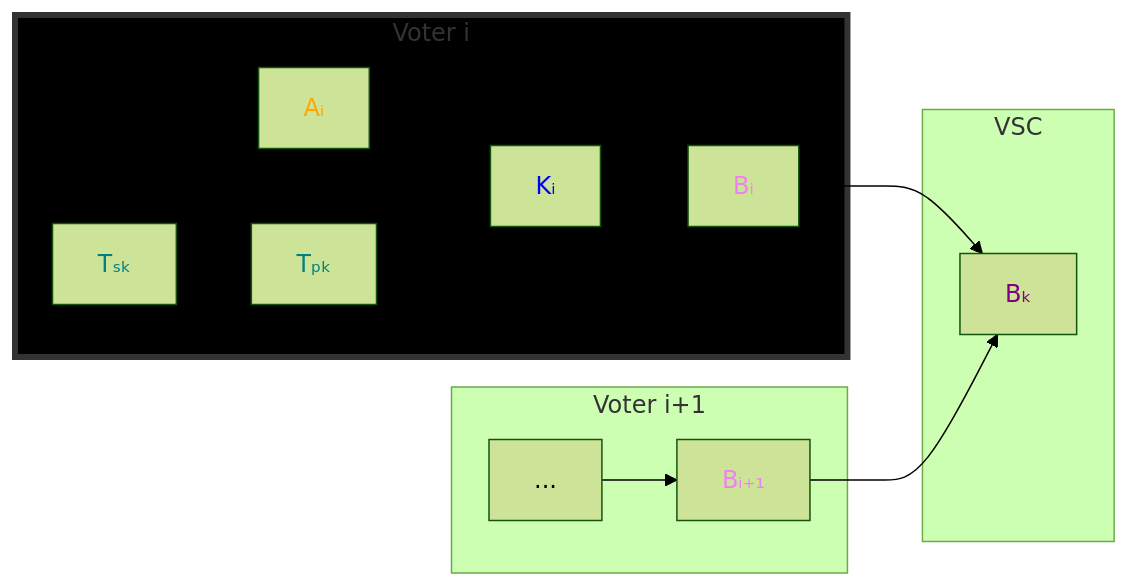
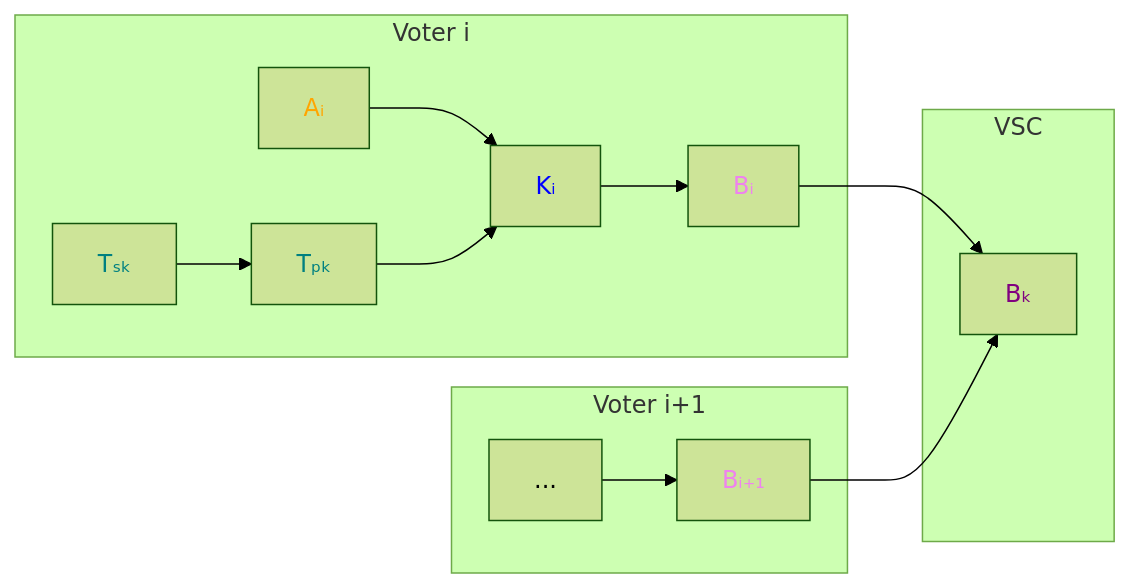
One commit to aragonzkresearch/blog changed the first of 2 diagrams in blogo-input/posts/nouns-tech.md. Above: the diagram before and after it, drawn with Mermaid (forest theme). The commit also changed other lines of this file and 1 other file, not shown here.

````diff
--- a/blogo-input/posts/nouns-tech.md
+++ b/blogo-input/posts/nouns-tech.md
@@ -364,36 +371,35 @@
-```mermaid
+<pre class="mermaid">
 flowchart LR
 Tsk[Tₛₖ]
   style Tsk color:teal
 Tpk[Tₚₖ]
   style Tpk color:teal
 Ai[Aᵢ]
   style Ai color:orange
 Ki[Kᵢ]
   style Ki color:blue
 Bi[Bᵢ]
   style Bi color:violet
 Bk[Bₖ]
   style Bk color:purple
 
 Bi1["Bᵢ₊₁"]
   style Bi1 color:violet
 etc[...]
 
 subgraph voteri[Voter i]
     Ai-->Ki
     Tsk-->Tpk
     Tpk-->Ki
     Ki-->Bi
 end
-style voteri fill:#000,stroke:#333,stroke-width:4px
 
 subgraph voteri1[Voter i+1]
     etc-->Bi1
 end
 
 subgraph VSC
     Bi-->Bk
     Bi1-->Bk
 end
-```
+</pre>
````
